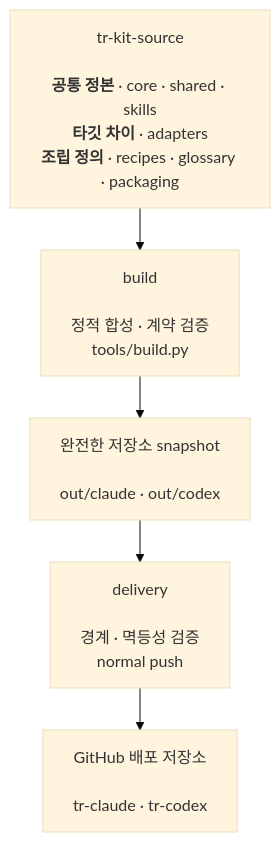
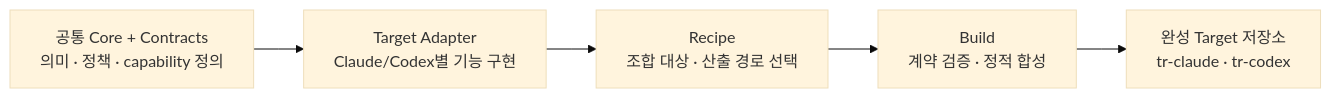
One commit to tryoo0607/tr-kit-source changed the diagram in README.md. Above: the diagram before and after it, drawn with Mermaid (base theme). The commit also changed other lines of this file and 45 other files, not shown here.

````diff
--- a/README.md
+++ b/README.md
@@ -14,14 +14,11 @@
 ```mermaid
-%%{init: {"flowchart": {"curve": "stepAfter", "nodeSpacing": 30, "rankSpacing": 42}}}%%
-flowchart TB
-    Source["tr-kit-source<br/><br/><b>공통 정본</b> · core · shared · skills<br/><b>타깃 차이</b> · adapters<br/><b>조립 정의</b> · recipes · glossary · packaging"]
-    Build["build<br/><br/>정적 합성 · 계약 검증<br/>tools/build.py"]
-    Snapshot["완전한 저장소 snapshot<br/><br/>out/claude · out/codex"]
-    Delivery["delivery<br/><br/>경계 · 멱등성 검증<br/>normal push"]
-    Target["GitHub 배포 저장소<br/><br/>tr-claude · tr-codex"]
+%%{init: {"flowchart": {"curve": "linear", "nodeSpacing": 42}}}%%
+flowchart LR
+    Core["공통 Core + Contracts<br/>의미 · 정책 · capability 정의"]
+    Adapter["Target Adapter<br/>Claude/Codex별 기능 구현"]
+    Recipe["Recipe<br/>조합 대상 · 산출 경로 선택"]
+    Build["Build<br/>계약 검증 · 정적 합성"]
+    Output["완성 Target 저장소<br/>tr-claude · tr-codex"]
 
-    Source --> Build
-    Build --> Snapshot
-    Snapshot --> Delivery
-    Delivery --> Target
+    Core --> Adapter --> Recipe --> Build --> Output
 ```
````
